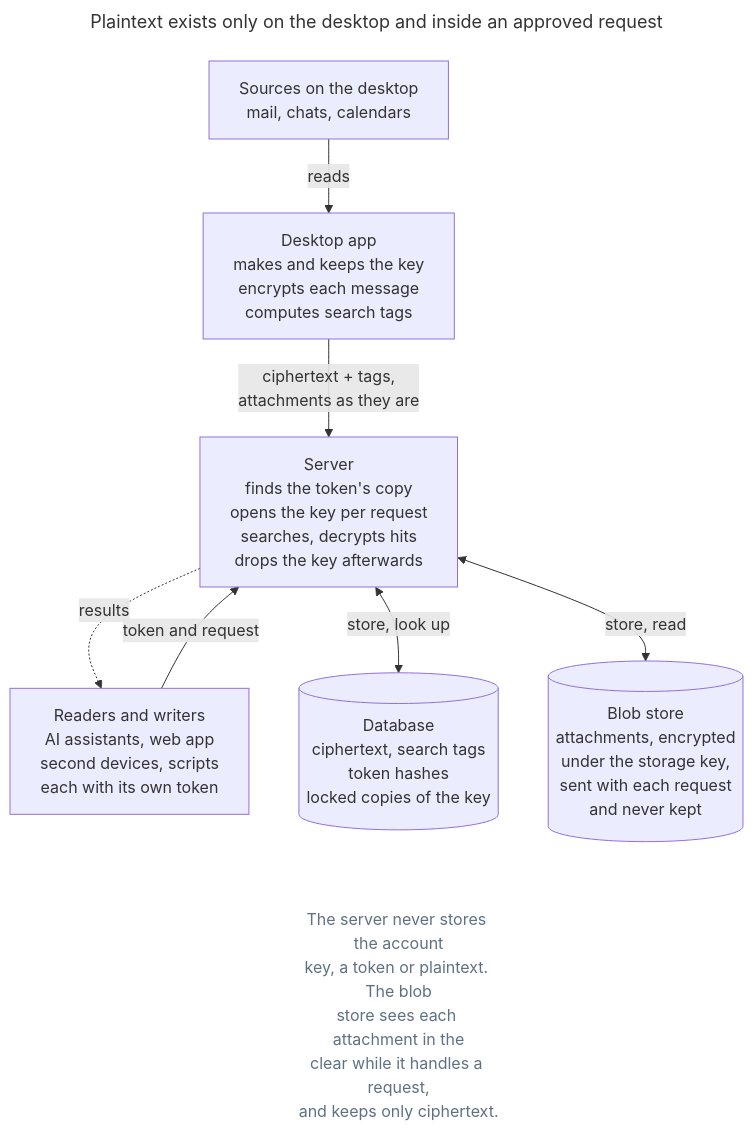
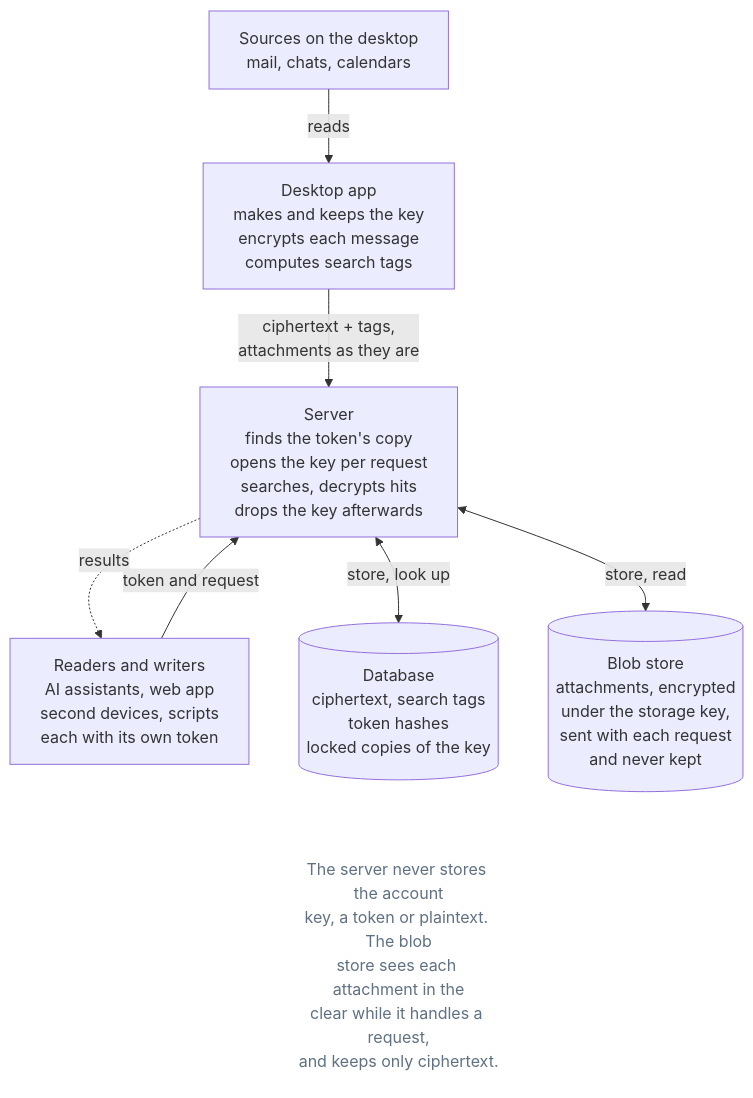
One commit to ajs-consult-llc/mirror-encryption-rfc changed the diagram in diagrams/the-whole-design-1-key-1-kind-of-token.mmd. Above: the diagram before and after it, drawn with Mermaid. The commit also changed 40 other files, not shown here.

First line of the commit message:
Diagrams: the doc's own pictures, with the Mermaid in an appendix

```diff
--- a/diagrams/the-whole-design-1-key-1-kind-of-token.mmd
+++ b/diagrams/the-whole-design-1-key-1-kind-of-token.mmd
@@ -1,15 +1,12 @@
----
-title: "Plaintext exists only on the desktop and inside an approved request"
----
 flowchart TB
   accTitle: Plaintext exists only on the desktop and inside an approved request
   accDescr: One account key. The desktop encrypts messages before upload, and each reader or writer opens its own copy. The desktop app reads the sources on the desktop (mail, chats, calendars), makes and keeps the key, encrypts each message and computes search tags. It sends ciphertext and tags, and attachments as they are, to the server. Readers and writers (AI assistants, the web app, second devices and scripts), each with its own token, send a token and request to the server. The server finds the token's copy, opens the key per request, searches and decrypts hits, returns the results and drops the key afterwards. It stores and looks up ciphertext, search tags, token hashes and locked copies of the key in the database, and stores and reads attachments in the blob store, encrypted under the storage key, which is sent with each request and never kept. The server never stores the account key, a token or plaintext. The blob store sees each attachment in the clear while it handles a request, and keeps only ciphertext.
   S["Sources on the desktop<br/>mail, chats, calendars"] -->|reads| D["Desktop app<br/>makes and keeps the key<br/>encrypts each message<br/>computes search tags"]
   R["Readers and writers<br/>AI assistants, web app<br/>second devices, scripts<br/>each with its own token"]
   D -->|"ciphertext + tags,<br/>attachments as they are"| V["Server<br/>finds the token's copy<br/>opens the key per request<br/>searches, decrypts hits<br/>drops the key afterwards"]
   R -->|token and request| V
   V -.->|results| R
   V <-->|store, look up| B[("Database<br/>ciphertext, search tags<br/>token hashes<br/>locked copies of the key")]
   V <-->|store, read| O[("Blob store<br/>attachments, encrypted<br/>under the storage key,<br/>sent with each request<br/>and never kept")]
   B ~~~ N["The server never stores the account<br/>key, a token or plaintext. The blob<br/>store sees each attachment in the<br/>clear while it handles a request,<br/>and keeps only ciphertext."]:::note
   classDef note fill:none,stroke:none,color:#5f7183
```
